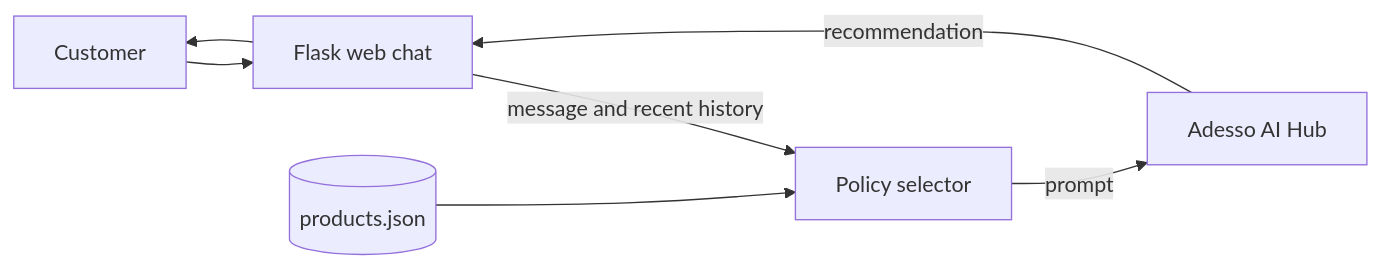
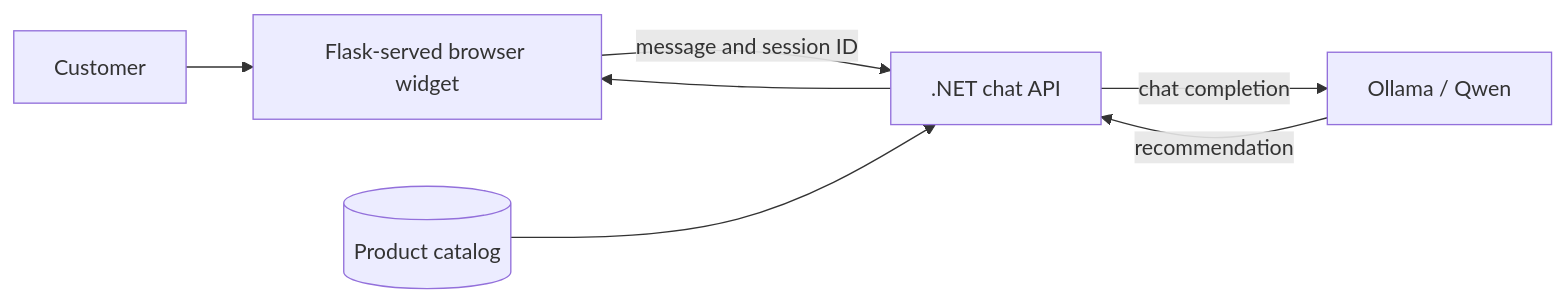
One commit to adarsh33-i/MutakamelaAIBot changed the diagram in README.md. Above: the diagram before and after it, drawn with Mermaid. The commit also changed other lines of this file and 148 other files, not shown here.

````diff
--- a/README.md
+++ b/README.md
@@ -53,9 +64,9 @@
 ```mermaid
 flowchart LR
-		Customer --> WebChat[Flask web chat]
-		WebChat -->|message and recent history| Selector[Policy selector]
-		Catalog[(products.json)] --> Selector
-		Selector -->|prompt| Adesso[Adesso AI Hub]
-		Adesso -->|recommendation| WebChat
-		WebChat --> Customer
+		Customer --> WebChat[Flask-served browser widget]
+		WebChat -->|message and session ID| API[.NET chat API]
+		Catalog[(Product catalog)] --> API
+		API -->|chat completion| Ollama[Ollama / Qwen]
+		Ollama -->|recommendation| API
+		API --> WebChat
 ```
````
